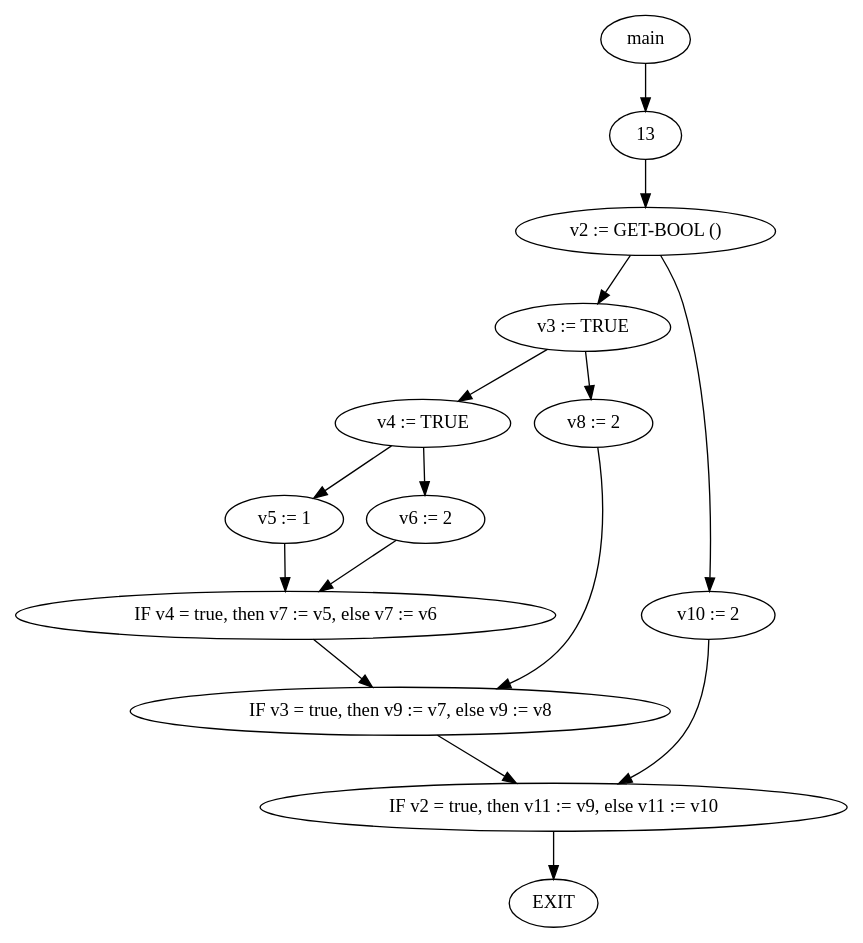
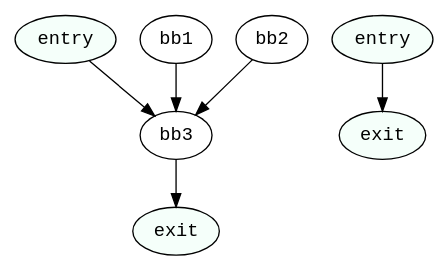
The diagram in cfg.dot (fa21i/cop5621), drawn with Graphviz before and after one commit. The commit also changed other lines of this file and 30 other files, not shown here.

```diff
--- a/cfg.dot
+++ b/cfg.dot
@@ -1,29 +1,14 @@
 digraph print {
-1 [label="main"];
-2 [label="v2 := GET-BOOL ()"];
-3 [label="v3 := TRUE"];
-4 [label="v4 := TRUE"];
-5 [label="v5 := 1"];
-6 [label="v6 := 2"];
-7 [label="IF v4 = true, then v7 := v5, else v7 := v6"];
-8 [label="v8 := 2"];
-9 [label="IF v3 = true, then v9 := v7, else v9 := v8"];
-10 [label="v10 := 2"];
-11 [label="IF v2 = true, then v11 := v9, else v11 := v10"];
-12 [label="EXIT"];
-11->12
-1->13
-2->10
-9->11
-10->11
-13->2
-2->3
-3->8
-7->9
-8->9
-3->4
-4->5
-4->6
-5->7
-6->7
-}
+ 1 [label="entry", fontname="monospace", style=filled, fillcolor=mintcream];
+ 1->11
+ 5 [label="bb1", fontname="monospace"];
+ 5->11
+ 8 [label="bb2", fontname="monospace"];
+ 8->11
+ 11 [label="bb3", fontname="monospace"];
+ 12 [label="exit", fontname="monospace", style=filled, fillcolor=mintcream];
+ 11->12
+ 13 [label="entry", fontname="monospace", style=filled, fillcolor=mintcream];
+ 14 [label="exit", fontname="monospace", style=filled, fillcolor=mintcream];
+ 13->14
+ }
```
